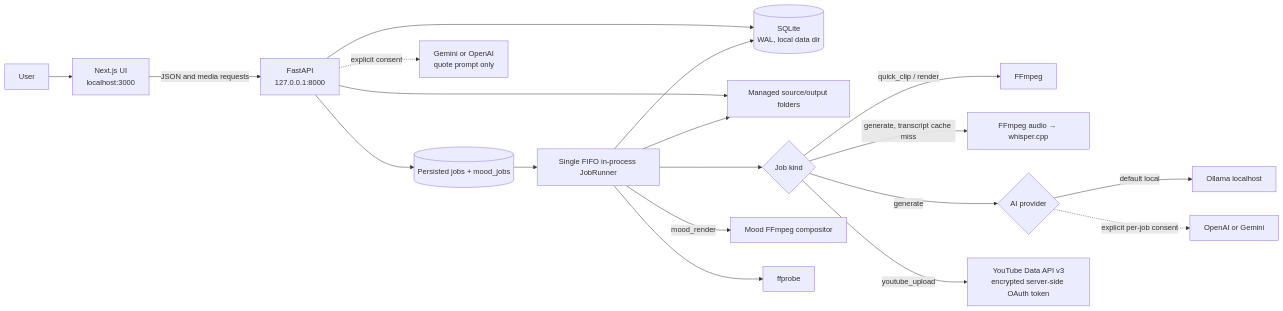
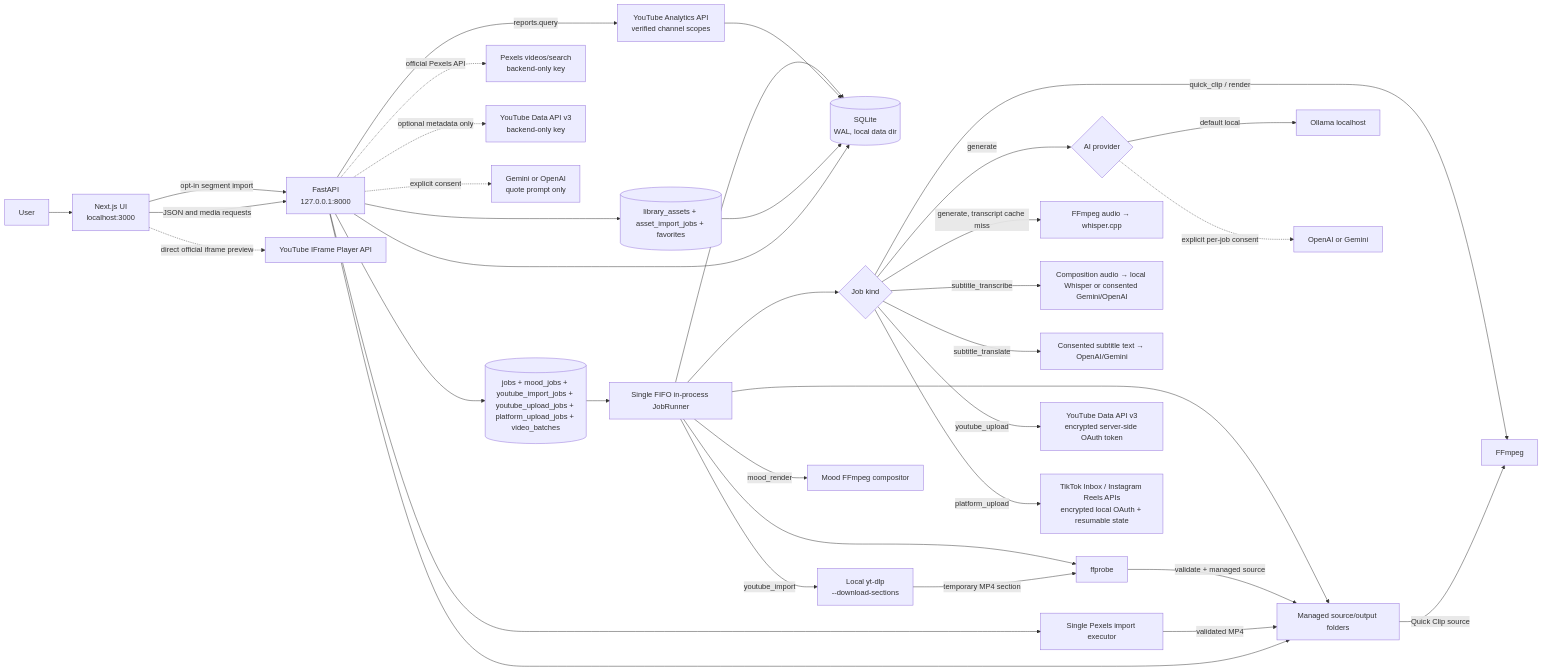
Before and after one commit to dzulfikarq/klipnara: the diagram in docs/architecture.md, drawn with Mermaid. The commit also changed other lines of this file and 11 other files, not shown here.

````diff
--- a/docs/architecture.md
+++ b/docs/architecture.md
@@ -7,21 +9,38 @@
 ```mermaid
 flowchart LR
     U[User] --> UI[Next.js UI<br/>localhost:3000]
     UI -->|JSON and media requests| API[FastAPI<br/>127.0.0.1:8000]
     API --> DB[(SQLite<br/>WAL, local data dir)]
     API --> FS[Managed source/output folders]
-    API --> Q[(Persisted jobs + mood_jobs)]
+       API --> Q[(jobs + mood_jobs + youtube_import_jobs + youtube_upload_jobs + platform_upload_jobs + video_batches)]
+    API --> AL[(library_assets + asset_import_jobs + favorites)]
+    API -. official Pexels API .-> PX[Pexels videos/search<br/>backend-only key]
+    API --> PI[Single Pexels import executor]
+    PI -->|validated MP4| FS
+    AL --> DB
     Q --> W[Single FIFO in-process JobRunner]
+    UI -. direct official iframe preview .-> YTP[YouTube IFrame Player API]
+    API -. optional metadata only .-> YTD[YouTube Data API v3<br/>backend-only key]
+    UI -->|opt-in segment import| API
+    W -->|youtube_import| YTDLP[Local yt-dlp<br/>--download-sections]
+    YTDLP -->|temporary MP4 section| FP
+    FP -->|validate + managed source| FS
+    FS -->|Quick Clip source| F
     W --> D{Job kind}
     D -->|quick_clip / render| F[FFmpeg]
     D -->|generate, transcript cache miss| WH[FFmpeg audio → whisper.cpp]
+    D -->|subtitle_transcribe| ST[Composition audio → local Whisper or consented Gemini/OpenAI]
+    D -->|subtitle_translate| TR[Consented subtitle text → OpenAI/Gemini]
     D -->|generate| AI{AI provider}
     AI -->|default local| OL[Ollama localhost]
     AI -. explicit per-job consent .-> CLOUD[OpenAI or Gemini]
     D -->|youtube_upload| YT[YouTube Data API v3<br/>encrypted server-side OAuth token]
+    D -->|platform_upload| SP[ TikTok Inbox / Instagram Reels APIs<br/>encrypted local OAuth + resumable state ]
+    API -->|reports.query| YA[YouTube Analytics API<br/>verified channel scopes]
+    YA --> DB
     API -. explicit consent .-> MQ[Gemini or OpenAI<br/>quote prompt only]
     W -->|mood_render| MR[Mood FFmpeg compositor]
     W --> FP[ffprobe]
     W --> DB
     W --> FS
 ```
````
